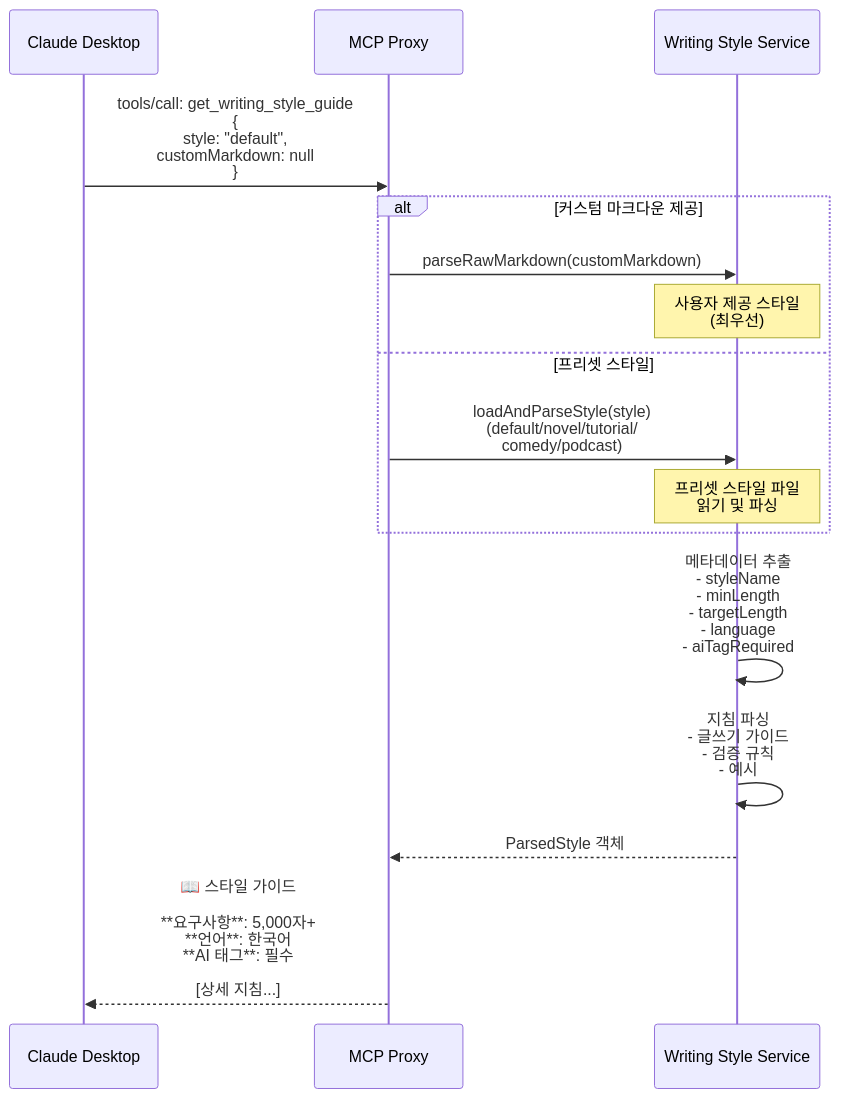
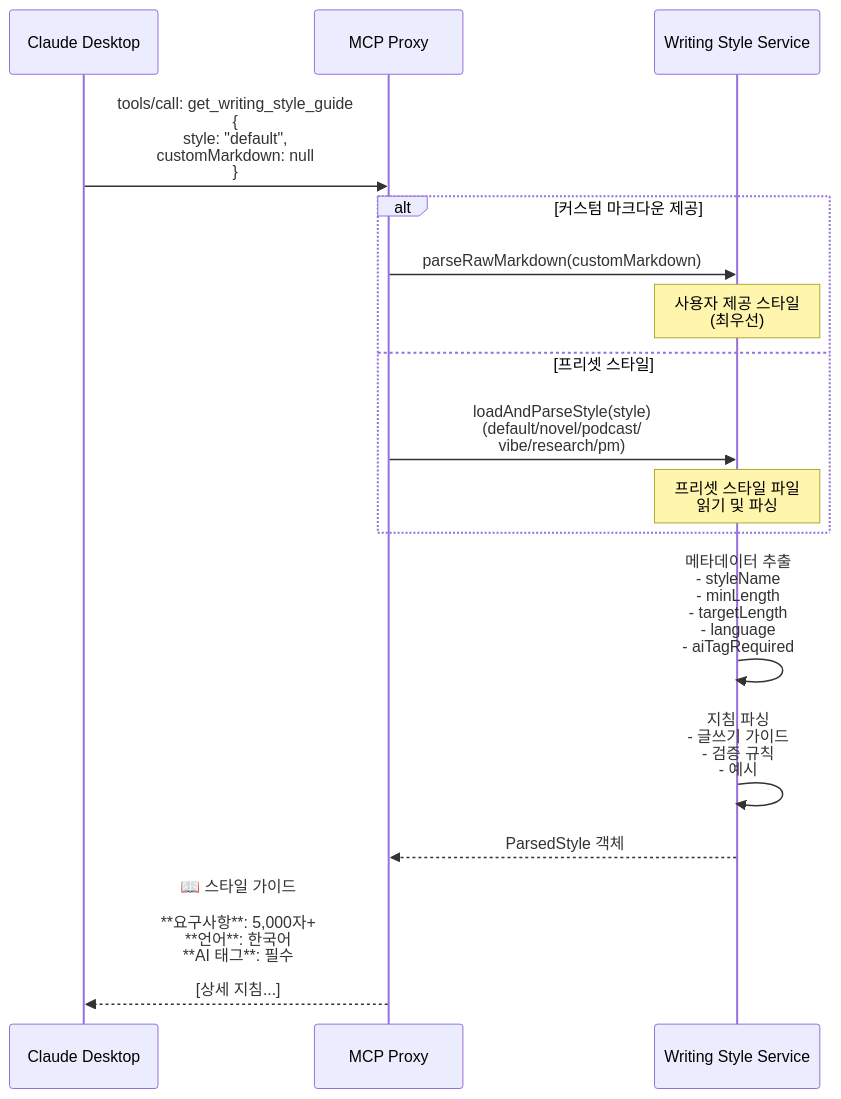
The sixth of 13 diagrams in docs/dev/MCP_FLOW_DIAGRAM.md (beyondeth/my-blog-app-selfhost), drawn with Mermaid before and after one commit. The commit also changed 77 other files, not shown here.

````diff
--- a/docs/dev/MCP_FLOW_DIAGRAM.md
+++ b/docs/dev/MCP_FLOW_DIAGRAM.md
@@ -270,24 +270,24 @@
 ```mermaid
 sequenceDiagram
     participant Claude as Claude Desktop
     participant Proxy as MCP Proxy
     participant StyleService as Writing Style Service
 
     Claude->>Proxy: tools/call: get_writing_style_guide<br/>{<br/>  style: "default",<br/>  customMarkdown: null<br/>}
 
     alt 커스텀 마크다운 제공
         Proxy->>StyleService: parseRawMarkdown(customMarkdown)
         Note over StyleService: 사용자 제공 스타일<br/>(최우선)
     else 프리셋 스타일
-        Proxy->>StyleService: loadAndParseStyle(style)<br/>(default/novel/tutorial/<br/>comedy/podcast)
+        Proxy->>StyleService: loadAndParseStyle(style)<br/>(default/novel/podcast/<br/>vibe/research/pm)
         Note over StyleService: 프리셋 스타일 파일<br/>읽기 및 파싱
     end
 
     StyleService->>StyleService: 메타데이터 추출<br/>- styleName<br/>- minLength<br/>- targetLength<br/>- language<br/>- aiTagRequired
 
     StyleService->>StyleService: 지침 파싱<br/>- 글쓰기 가이드<br/>- 검증 규칙<br/>- 예시
 
     StyleService-->>Proxy: ParsedStyle 객체
 
     Proxy-->>Claude: 📖 스타일 가이드<br/><br/>**요구사항**: 5,000자+<br/>**언어**: 한국어<br/>**AI 태그**: 필수<br/><br/>[상세 지침...]
 ```
````
